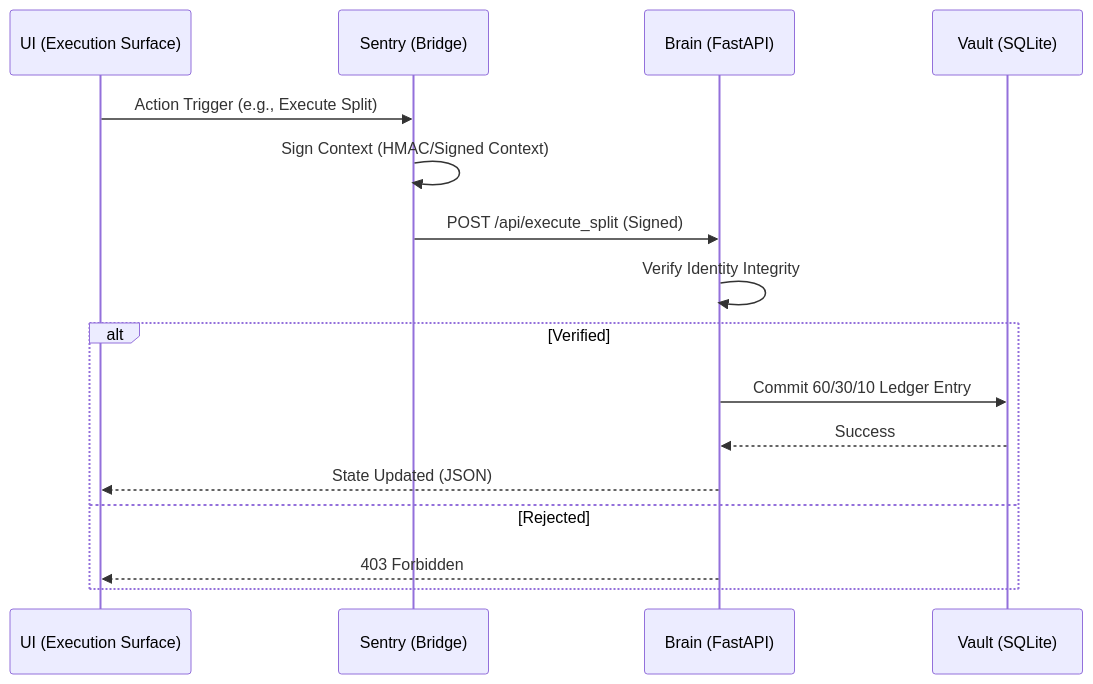
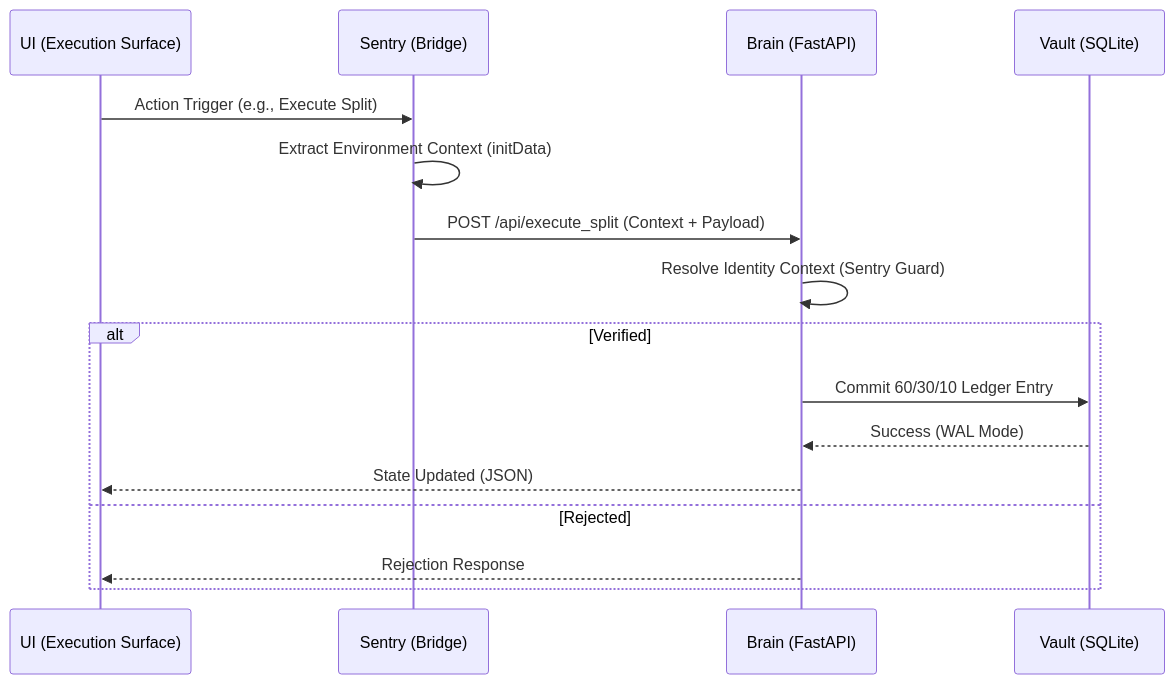
Before and after one commit to arhantbarmate/nexus-core: the diagram in docs/ARCHITECTURE.md, drawn with Mermaid. The commit also changed other lines of this file and 52 other files, not shown here.

````diff
--- a/docs/ARCHITECTURE.md
+++ b/docs/ARCHITECTURE.md
@@ -10,19 +12,19 @@
 ```mermaid
 sequenceDiagram
     participant U as UI (Execution Surface)
     participant S as Sentry (Bridge)
     participant B as Brain (FastAPI)
     participant V as Vault (SQLite)
 
     U->>S: Action Trigger (e.g., Execute Split)
-    S->>S: Sign Context (HMAC/Signed Context)
-    S->>B: POST /api/execute_split (Signed)
-    B->>B: Verify Identity Integrity
+    S->>S: Extract Environment Context (initData)
+    S->>B: POST /api/execute_split (Context + Payload)
+    B->>B: Resolve Identity Context (Sentry Guard)
     alt Verified
         B->>V: Commit 60/30/10 Ledger Entry
-        V-->>B: Success
+        V-->>B: Success (WAL Mode)
         B-->>U: State Updated (JSON)
     else Rejected
-        B-->>U: 403 Forbidden
+        B-->>U: Rejection Response
     end
 ```
````
